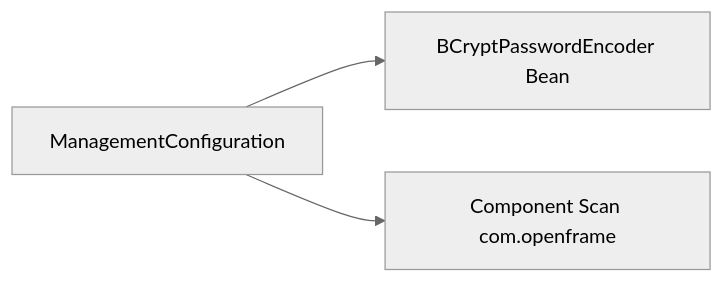
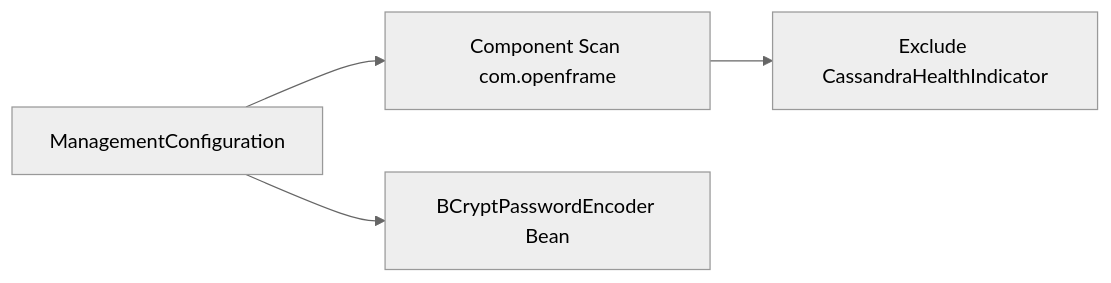
Before and after one commit to Praesto-Pro/openframe-oss-tenant: the second of 8 diagrams in docs/architecture/management-service-core/management-service-core.md, drawn with Mermaid (neutral theme). The commit also changed other lines of this file and 149 other files, not shown here.

````diff
--- a/docs/architecture/management-service-core/management-service-core.md
+++ b/docs/architecture/management-service-core/management-service-core.md
@@ -70,5 +86,6 @@
 ```mermaid
 flowchart LR
-    Config["ManagementConfiguration"] --> Encoder["BCryptPasswordEncoder Bean"]
-    Config --> Scan["Component Scan com.openframe"]
+    ManagementConfiguration --> ComponentScan["Component Scan com.openframe"]
+    ManagementConfiguration --> PasswordEncoder["BCryptPasswordEncoder Bean"]
+    ComponentScan --> Exclusion["Exclude CassandraHealthIndicator"]
 ```
````
